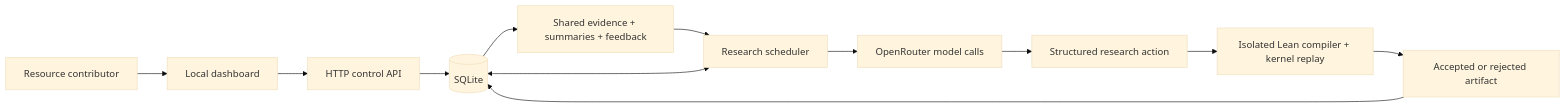
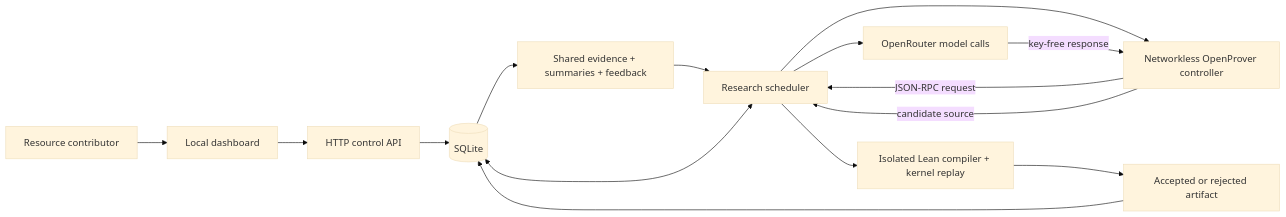
One commit to didxorms/Panoptes changed the diagram in docs/ARCHITECTURE.md. Above: the diagram before and after it, drawn with Mermaid (base theme). The commit also changed other lines of this file and 36 other files, not shown here.

Commit message:
feat: integrate OpenProver research engine v0.1.0

````diff
--- a/docs/ARCHITECTURE.md
+++ b/docs/ARCHITECTURE.md
@@ -7,14 +7,17 @@
 ```mermaid
 flowchart LR
     Person[Resource contributor] --> UI[Local dashboard]
     UI --> HTTP[HTTP control API]
     HTTP --> DB[(SQLite)]
     Engine[Research scheduler] <--> DB
+    Engine --> OP[Networkless OpenProver controller]
+    OP -->|JSON-RPC request| Engine
     Engine --> Model[OpenRouter model calls]
-    Model --> Action[Structured research action]
-    Action --> Lean[Isolated Lean compiler + kernel replay]
+    Model -->|key-free response| OP
+    OP -->|candidate source| Engine
+    Engine --> Lean[Isolated Lean compiler + kernel replay]
     Lean --> Evidence[Accepted or rejected artifact]
     Evidence --> DB
     DB --> Context[Shared evidence + summaries + feedback]
     Context --> Engine
 ```
````
